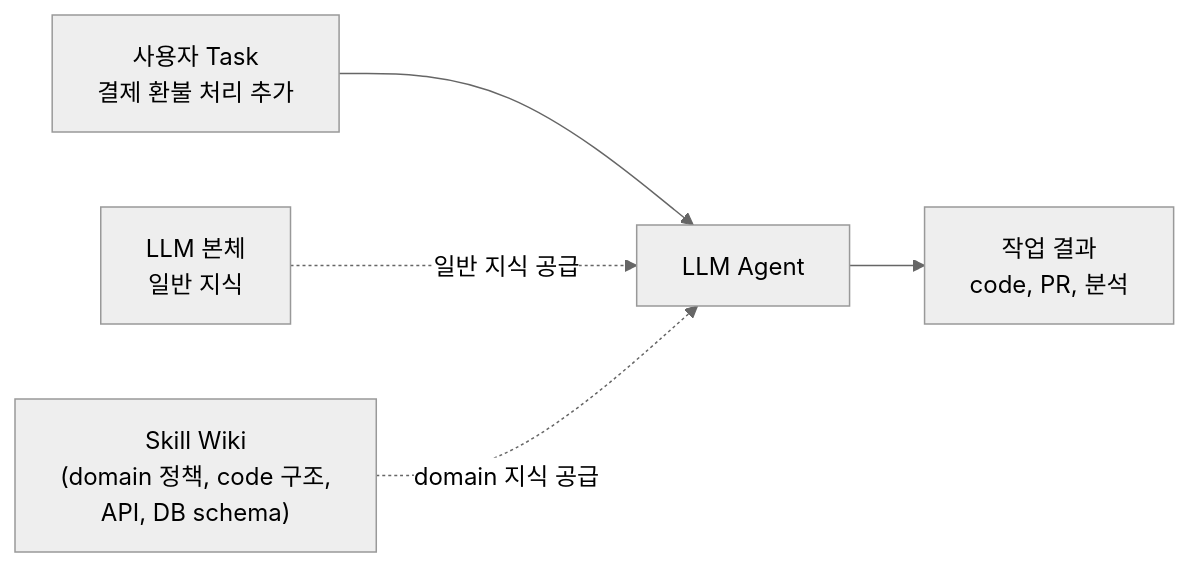
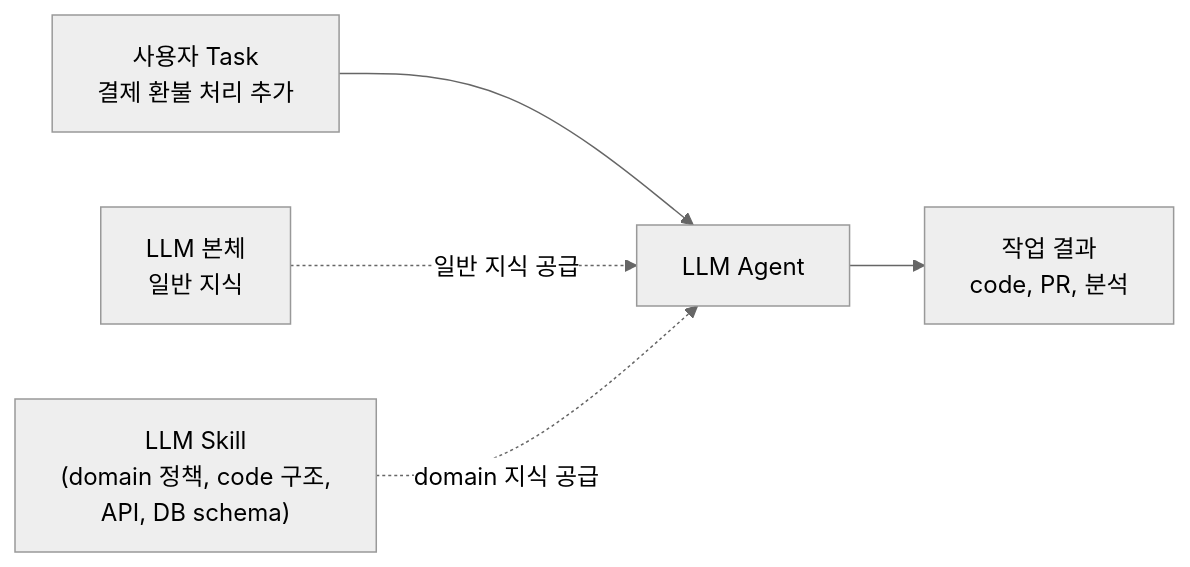
The first of 4 diagrams in collections/_notes/ai/llm-wiki/as-skill.md (choesimin/choesimin.github.io), drawn with Mermaid (neutral theme) before and after one commit. The commit also changed other lines of this file, not shown here.

````diff
--- a/collections/_notes/ai/llm-wiki/as-skill.md
+++ b/collections/_notes/ai/llm-wiki/as-skill.md
@@ -35,13 +35,13 @@
 ```mermaid
 graph LR
     user[사용자 Task<br>결제 환불 처리 추가]
     agent[LLM Agent]
     llm[LLM 본체<br>일반 지식]
-    skill["Skill Wiki<br>(domain 정책, code 구조,<br>API, DB schema)"]
+    skill["LLM Skill<br>(domain 정책, code 구조,<br>API, DB schema)"]
     output[작업 결과<br>code, PR, 분석]
 
     user --> agent
     llm -.일반 지식 공급.-> agent
     skill -.domain 지식 공급.-> agent
     agent --> output
 ```
````
